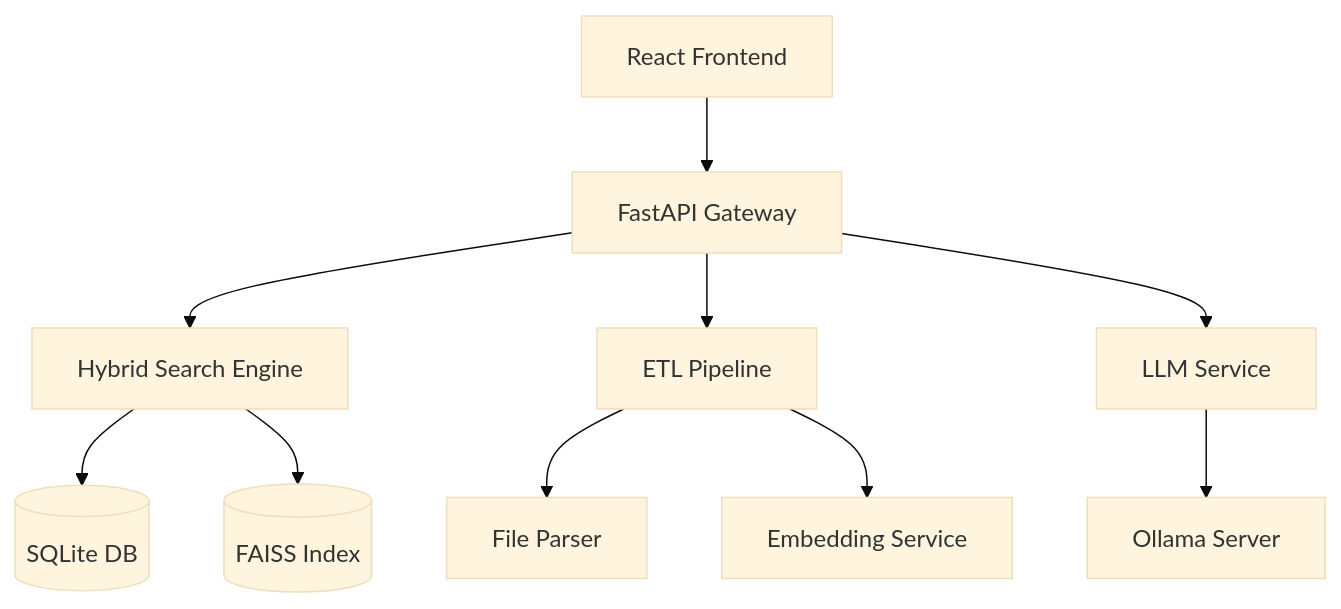
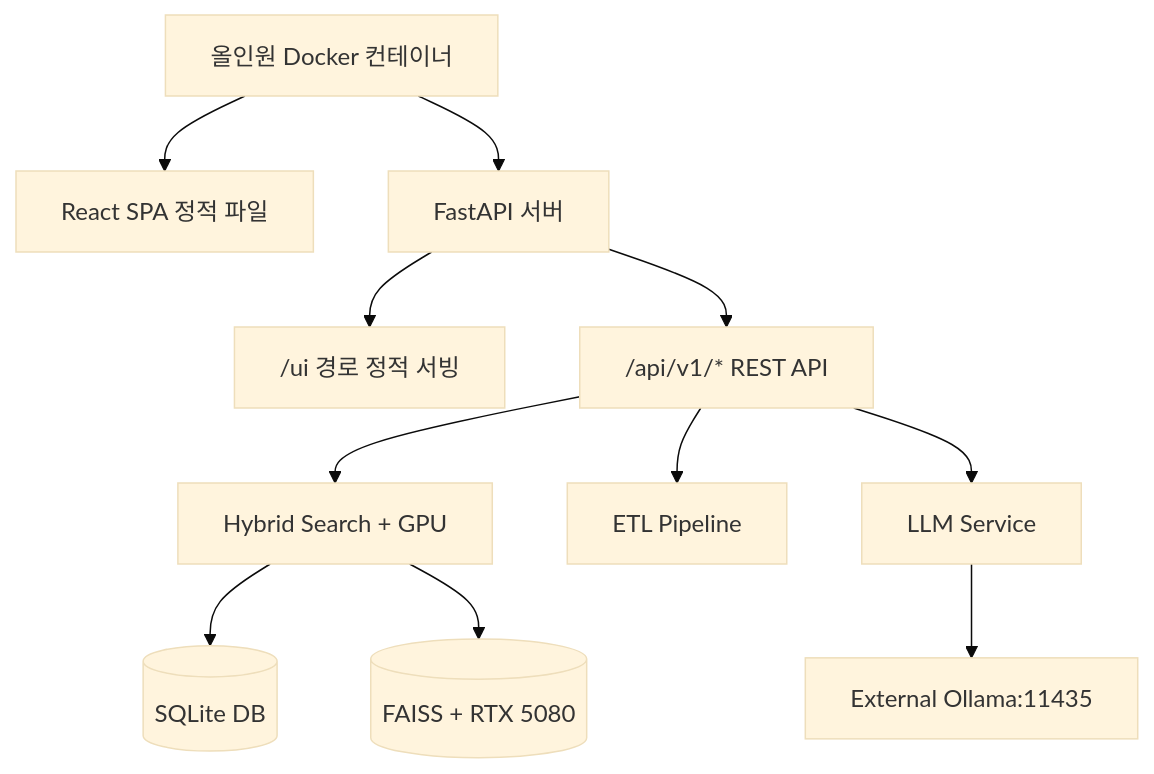
Before and after one commit to 2025-LIPOLAB-hanaNAV/HanaNaviLite: the diagram in docs/DEVELOPMENT.md, drawn with Mermaid (base theme). The commit also changed other lines of this file and 47 other files, not shown here.

````diff
--- a/docs/DEVELOPMENT.md
+++ b/docs/DEVELOPMENT.md
@@ -19,15 +19,18 @@
 ```mermaid
 graph TB
-    UI[React Frontend] --> Gateway[FastAPI Gateway]
-    Gateway --> Search[Hybrid Search Engine]
-    Gateway --> ETL[ETL Pipeline]
-    Gateway --> LLM[LLM Service]
+    Container[올인원 Docker 컨테이너] 
+    Container --> UI[React SPA 정적 파일]
+    Container --> FastAPI[FastAPI 서버]
+    
+    FastAPI --> Static["/ui 경로 정적 서빙"]
+    FastAPI --> API["/api/v1/* REST API"]
+    
+    API --> Search[Hybrid Search + GPU]
+    API --> ETL[ETL Pipeline]
+    API --> LLM[LLM Service]
     
     Search --> SQLite[(SQLite DB)]
-    Search --> FAISS[(FAISS Index)]
+    Search --> FAISS[(FAISS + RTX 5080)]
     
-    ETL --> Parser[File Parser]
-    ETL --> Embed[Embedding Service]
-    
-    LLM --> Ollama[Ollama Server]
+    LLM --> Ollama[External Ollama:11435]
 ```
````
